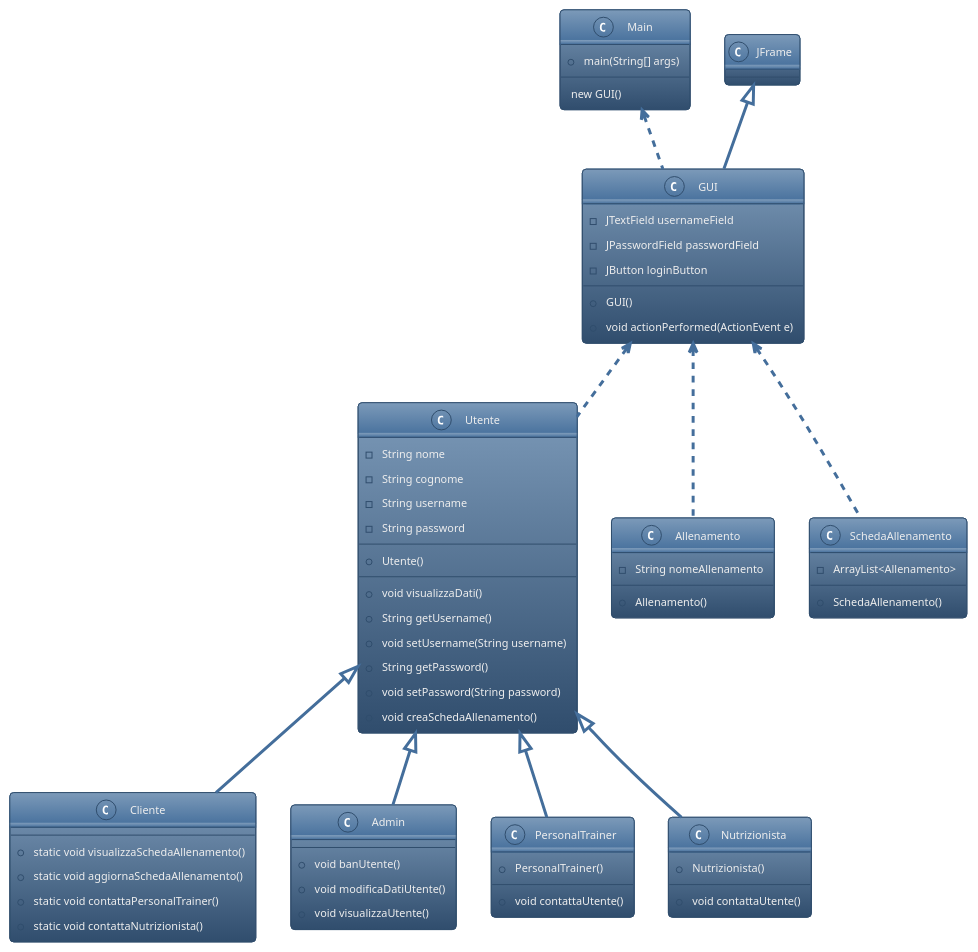
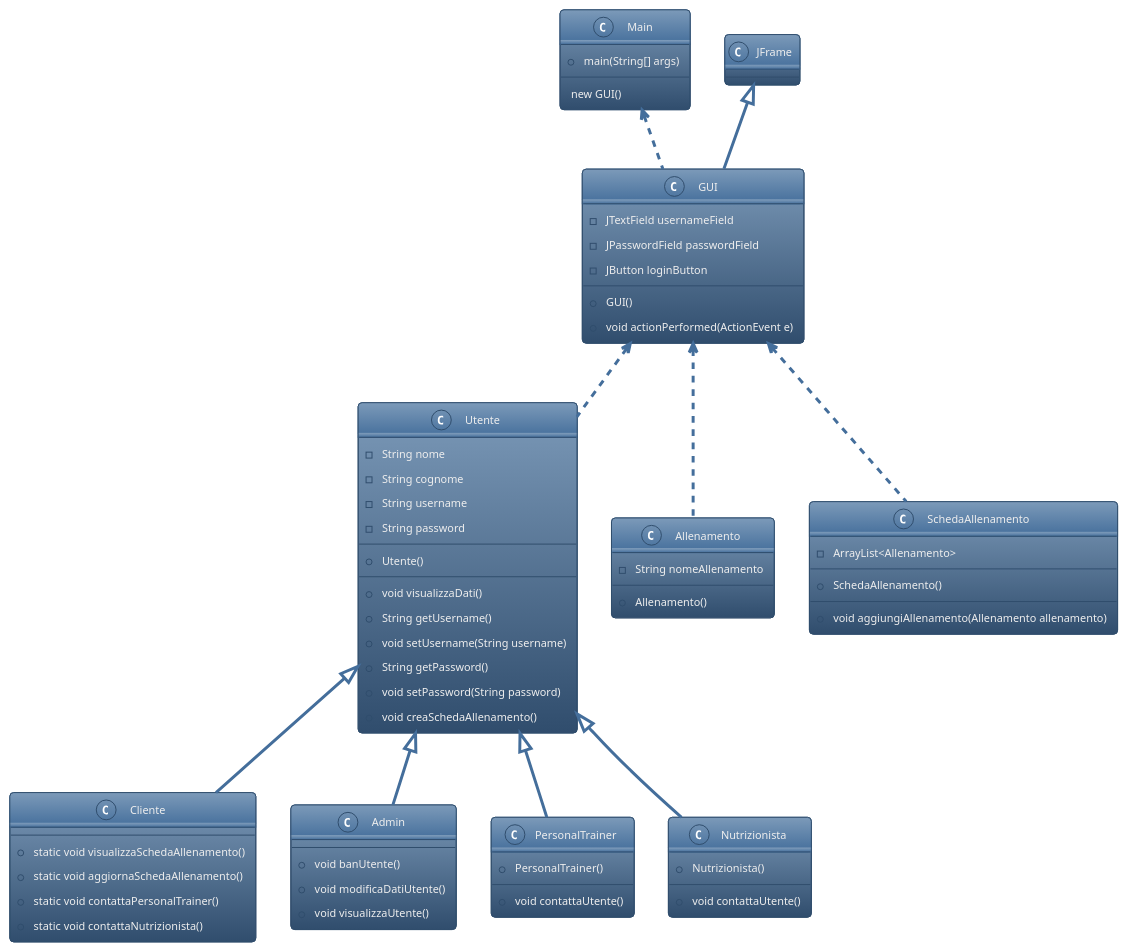
One commit to simonenapolitano/Progetto_Palestra changed the diagram in Uml/Main.puml. Above: the diagram before and after it, drawn with PlantUML. The commit also changed 10 other files, not shown here.

Commit message:
create tutte le classi progettate fino ad adesso e modificato il diagramma di classi

```diff
--- a/Uml/Main.puml
+++ b/Uml/Main.puml
@@ -1,77 +1,79 @@
 @startuml Main.puml
 !theme spacelab
 
 class Main {
     +main(String[] args)
     --
     new GUI()
 }
 
 class Utente {
     -String nome
     -String cognome
     -String username
     -String password
     --
     +Utente()
     --
     +void visualizzaDati()
     +String getUsername()
     +void setUsername(String username)
     +String getPassword()
     +void setPassword(String password)
     +void creaSchedaAllenamento()
 }
 
 class Cliente extends Utente {
     +static void visualizzaSchedaAllenamento()
     +static void aggiornaSchedaAllenamento()
     +static void contattaPersonalTrainer()
     +static void contattaNutrizionista()
 }
 
 class Admin extends Utente {
     +void banUtente()
     +void modificaDatiUtente()
     +void visualizzaUtente() 
 }
 
 class PersonalTrainer extends Utente {
     +PersonalTrainer()
     --
     +void contattaUtente()
 }
 
 class Nutrizionista extends Utente {
     +Nutrizionista()
     --
     +void contattaUtente()
 }
 
 class GUI extends JFrame {
     -JTextField usernameField
     -JPasswordField passwordField
     -JButton loginButton
     --
     +GUI()
     +void actionPerformed(ActionEvent e)
 }
 
 class Allenamento {
     -String nomeAllenamento
     --
     +Allenamento()
 }
 
 class SchedaAllenamento {
     -ArrayList<Allenamento>
     --
     +SchedaAllenamento()
+    --
+    +void aggiungiAllenamento(Allenamento allenamento)
 }
 
 Main <.. GUI
 GUI <.. Utente
 GUI <.. SchedaAllenamento 
 GUI <.. Allenamento
 
 @enduml
```
